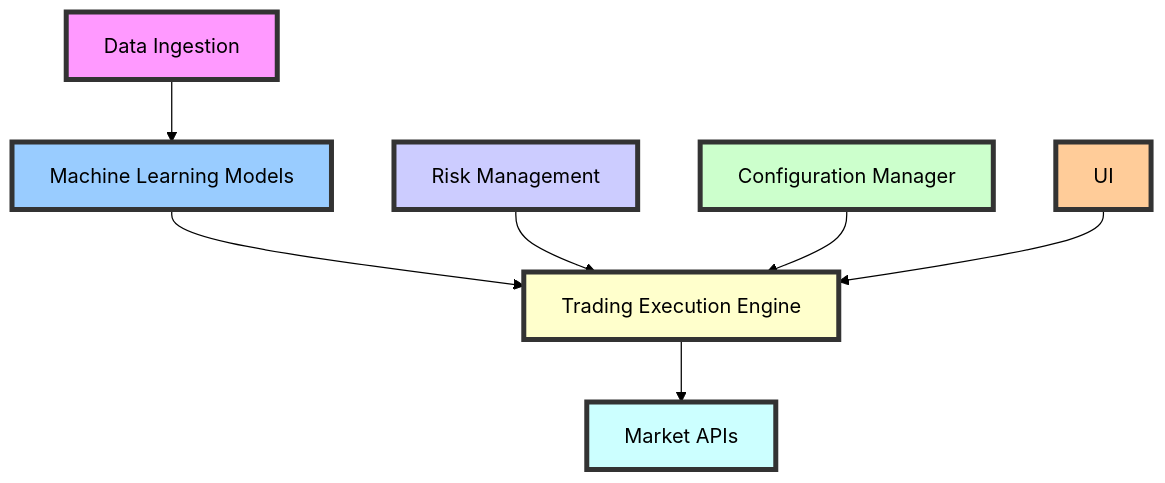
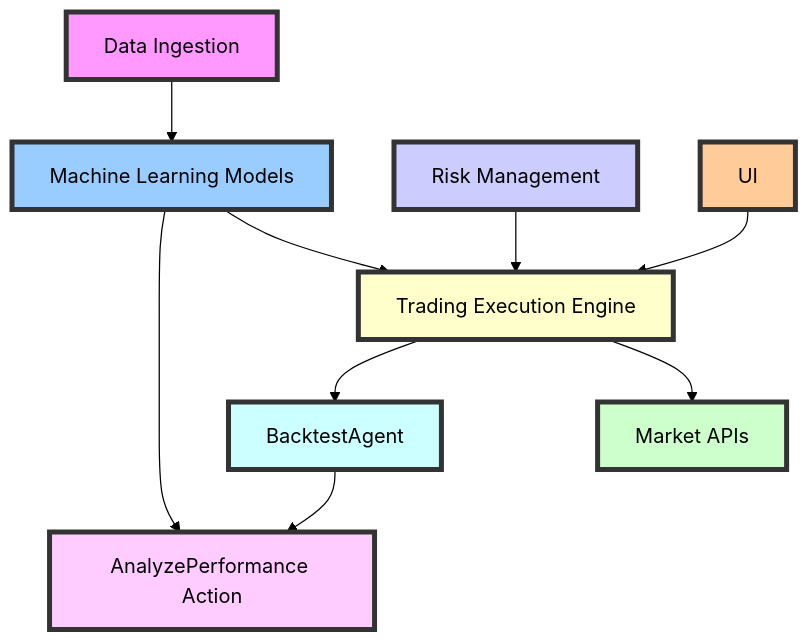
One commit to jmanhype/stratoptimus-docs changed the diagram in project-architecture.mdx. Above: the diagram before and after it, drawn with Mermaid (forest theme). The commit also changed other lines of this file, not shown here.

````diff
--- a/project-architecture.mdx
+++ b/project-architecture.mdx
@@ -33,17 +37,20 @@
 ```mermaid
 graph TD;
     A[Data Ingestion] --> B[Machine Learning Models]
     B --> C[Trading Execution Engine]
     D[Risk Management] --> C
-    E[Configuration Manager] --> C
-    F[UI] --> C
-    C --> G[Market APIs]
+    E[UI] --> C
+    C --> F[Market APIs]
+    C --> G[BacktestAgent]
+    G --> H[AnalyzePerformance Action]
+    B --> H
 
     style A fill:#f9f,stroke:#333,stroke-width:4px;
     style B fill:#9cf,stroke:#333,stroke-width:4px;
     style C fill:#ffc,stroke:#333,stroke-width:4px;
     style D fill:#ccf,stroke:#333,stroke-width:4px;
-    style E fill:#cfc,stroke:#333,stroke-width:4px;
-    style F fill:#fc9,stroke:#333,stroke-width:4px;
+    style E fill:#fc9,stroke:#333,stroke-width:4px;
+    style F fill:#cfc,stroke:#333,stroke-width:4px;
     style G fill:#cff,stroke:#333,stroke-width:4px;
+    style H fill:#fcf,stroke:#333,stroke-width:4px;
 ```
````
